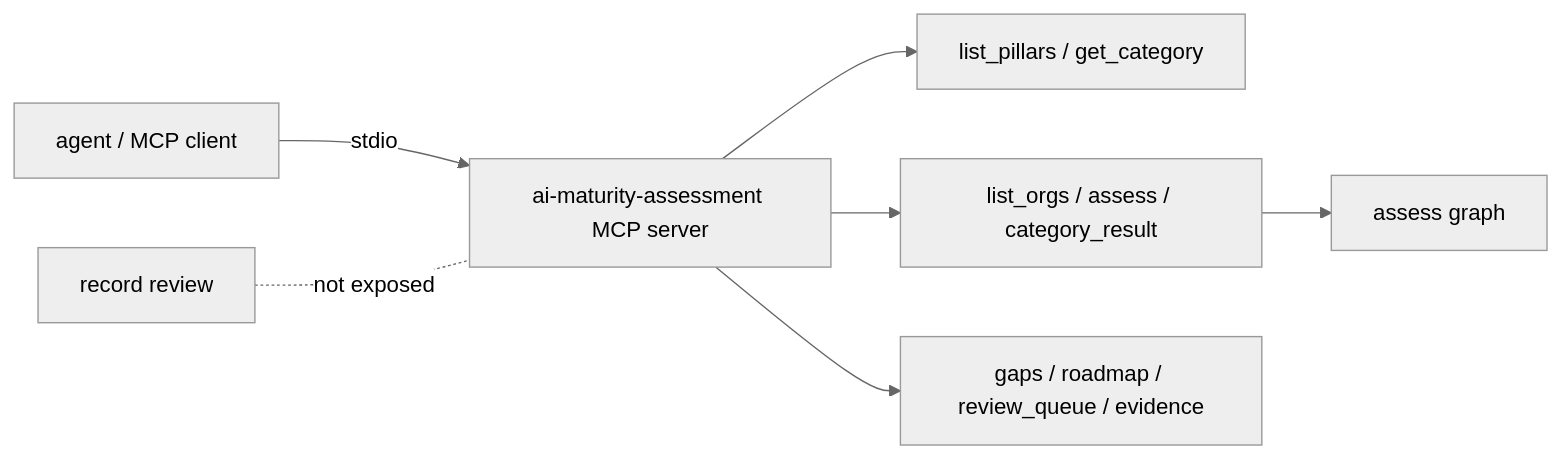
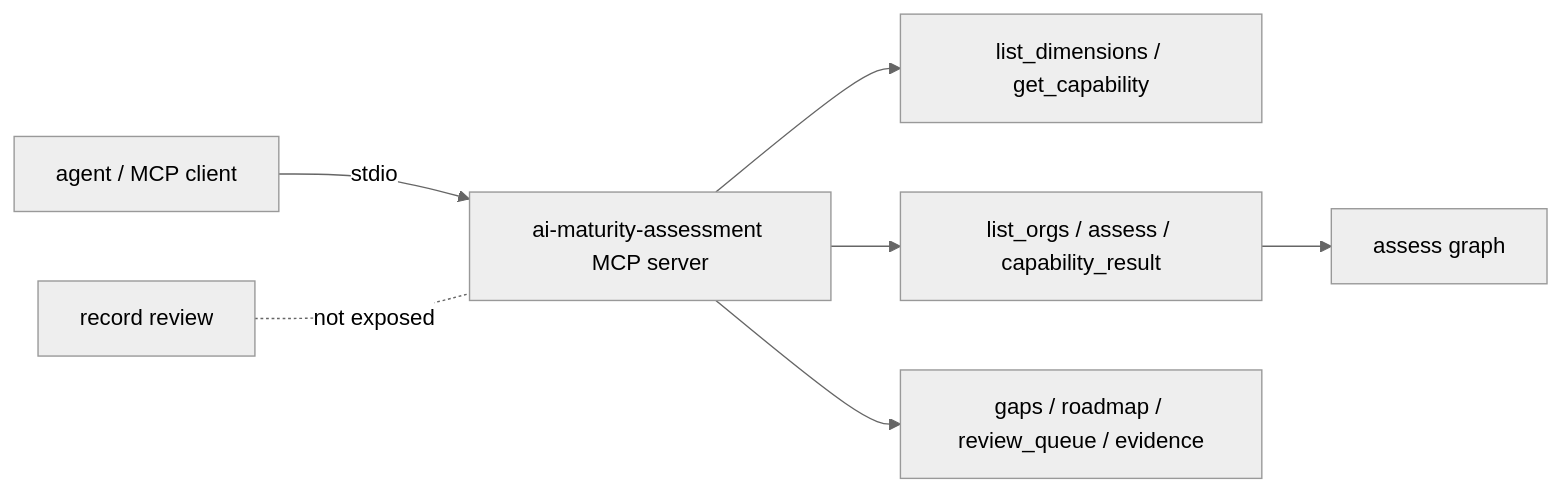
One commit to jagadishmazure-jpg/Jagadish-ai-maturity-assessment changed the diagram in docs/components/mcp-server.md. Above: the diagram before and after it, drawn with Mermaid (neutral theme). The commit also changed other lines of this file and 12 other files, not shown here.

````diff
--- a/docs/components/mcp-server.md
+++ b/docs/components/mcp-server.md
@@ -14,9 +14,9 @@
 ```mermaid
 flowchart LR
   A[agent / MCP client] -->|stdio| S[ai-maturity-assessment MCP server]
-  S --> T1[list_pillars / get_category]
-  S --> T2[list_orgs / assess / category_result]
+  S --> T1[list_dimensions / get_capability]
+  S --> T2[list_orgs / assess / capability_result]
   S --> T3[gaps / roadmap / review_queue / evidence]
   T2 --> G[assess graph]
   X[record review] -. not exposed .- S
 ```
````
